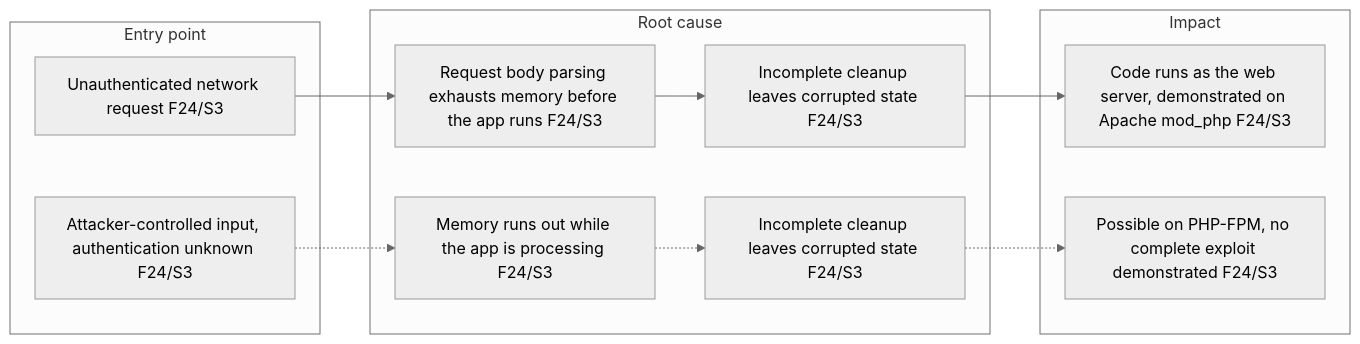
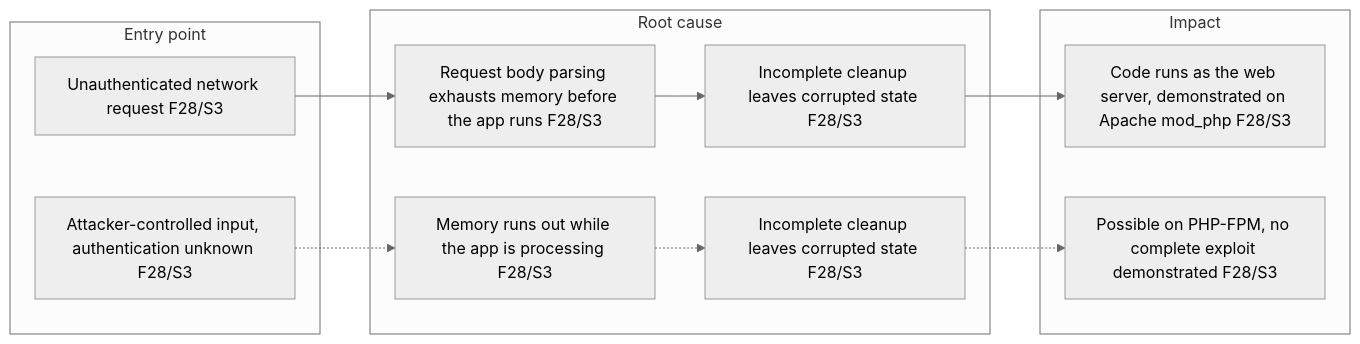
The first of 2 diagrams in README.md (hidetzu/vulnograph), drawn with Mermaid (neutral theme) before and after one commit. The commit also changed other lines of this file and 11 other files, not shown here.

````diff
--- a/README.md
+++ b/README.md
@@ -32,23 +32,23 @@
 ```mermaid
 flowchart LR
   subgraph IN["Entry point"]
-    A["Unauthenticated network request F24/S3"]
-    B["Attacker-controlled input, authentication unknown F24/S3"]
+    A["Unauthenticated network request F28/S3"]
+    B["Attacker-controlled input, authentication unknown F28/S3"]
   end
   subgraph CAUSE["Root cause"]
-    C["Request body parsing exhausts memory before the app runs F24/S3"]
-    D["Incomplete cleanup leaves corrupted state F24/S3"]
-    E["Memory runs out while the app is processing F24/S3"]
-    F["Incomplete cleanup leaves corrupted state F24/S3"]
+    C["Request body parsing exhausts memory before the app runs F28/S3"]
+    D["Incomplete cleanup leaves corrupted state F28/S3"]
+    E["Memory runs out while the app is processing F28/S3"]
+    F["Incomplete cleanup leaves corrupted state F28/S3"]
   end
   subgraph HARM["Impact"]
-    G["Code runs as the web server, demonstrated on Apache mod_php F24/S3"]
-    H["Possible on PHP-FPM, no complete exploit demonstrated F24/S3"]
+    G["Code runs as the web server, demonstrated on Apache mod_php F28/S3"]
+    H["Possible on PHP-FPM, no complete exploit demonstrated F28/S3"]
   end
   A --> C
   C --> D
   D --> G
   B -.-> E
   E -.-> F
   F -.-> H
 ```
````
